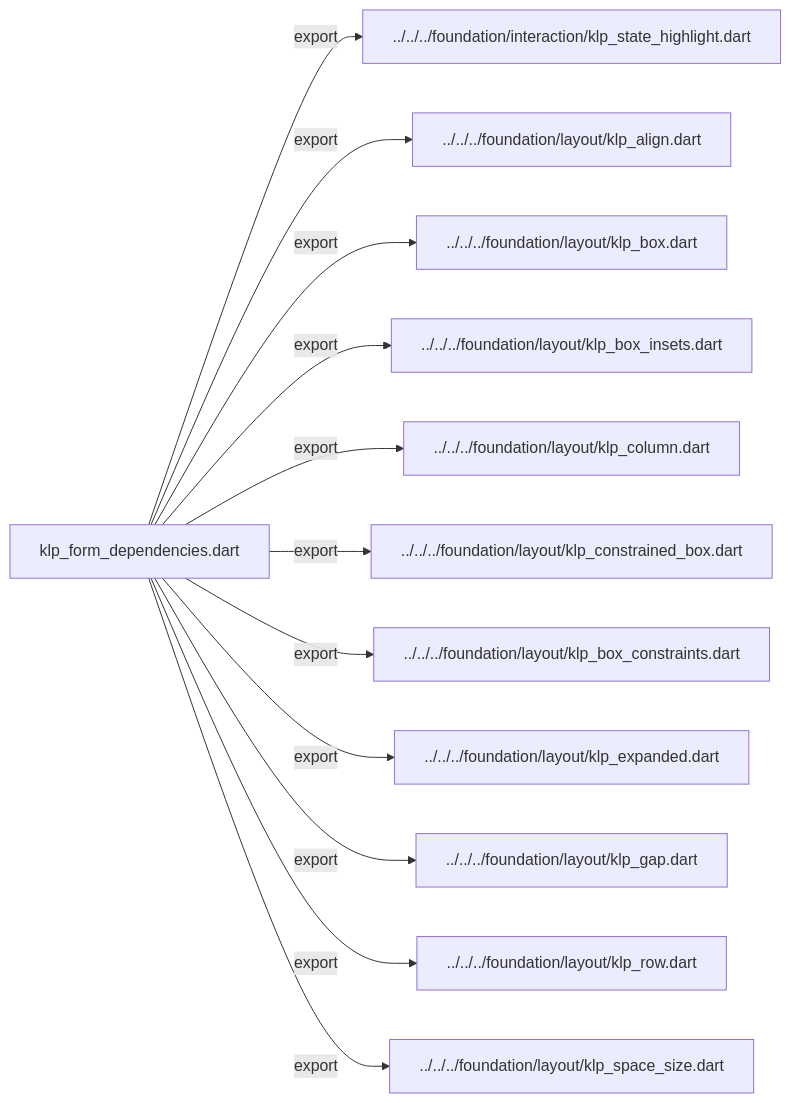
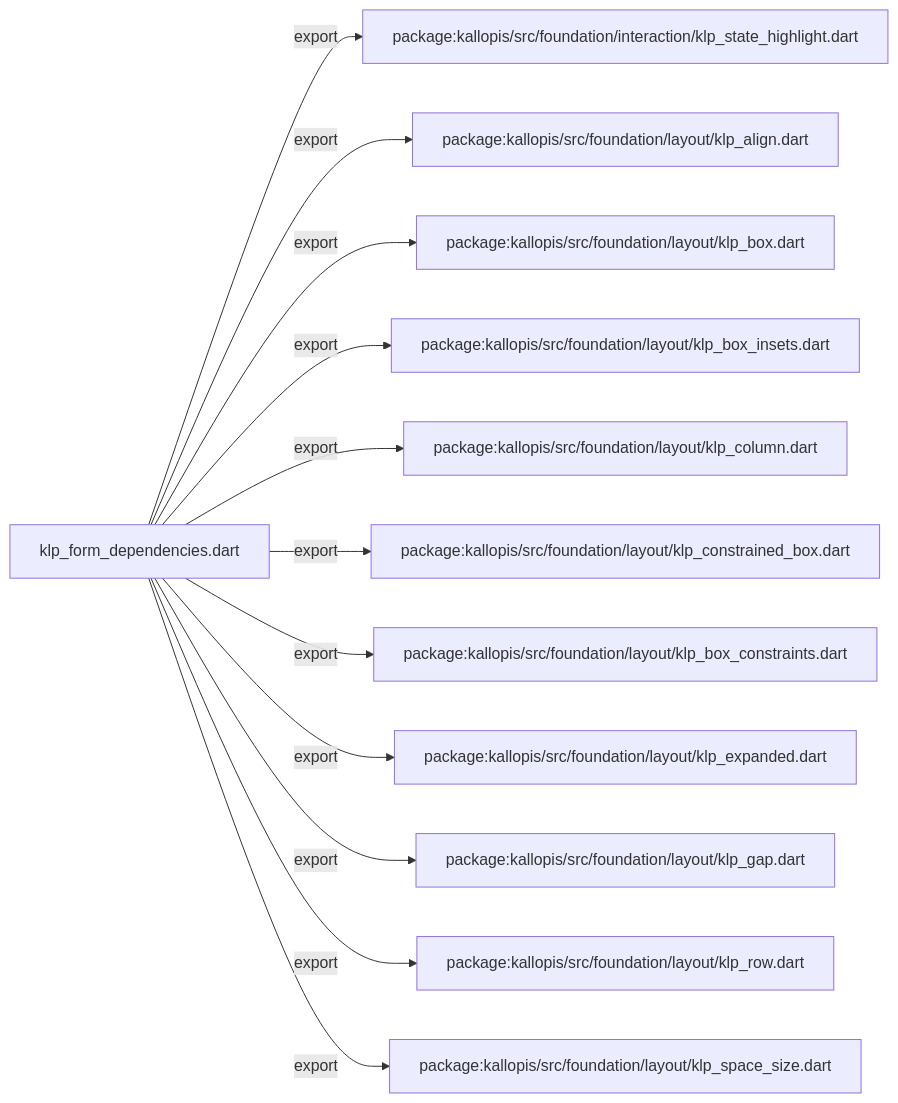
The second of 3 diagrams in docs/architecture/src/features/forms/internal/klp_form_dependencies.md (MiuDog/Kallopis), drawn with Mermaid before and after one commit. The commit also changed other lines of this file and 9688 other files, not shown here.

Commit message:
Prepare isolated Flow F2 peer baseline

````diff
--- a/docs/architecture/src/features/forms/internal/klp_form_dependencies.md
+++ b/docs/architecture/src/features/forms/internal/klp_form_dependencies.md
@@ -38,26 +38,26 @@
 ```mermaid
 flowchart LR
 	n0["klp_form_dependencies.dart"]
-	n1["../../../foundation/interaction/klp_state_highlight.dart"]
-	n2["../../../foundation/layout/klp_align.dart"]
-	n3["../../../foundation/layout/klp_box.dart"]
-	n4["../../../foundation/layout/klp_box_insets.dart"]
-	n5["../../../foundation/layout/klp_column.dart"]
-	n6["../../../foundation/layout/klp_constrained_box.dart"]
-	n7["../../../foundation/layout/klp_box_constraints.dart"]
-	n8["../../../foundation/layout/klp_expanded.dart"]
-	n9["../../../foundation/layout/klp_gap.dart"]
-	n10["../../../foundation/layout/klp_row.dart"]
-	n11["../../../foundation/layout/klp_space_size.dart"]
+	n1["package:kallopis/src/foundation/interaction/klp_state_highlight.dart"]
+	n2["package:kallopis/src/foundation/layout/klp_align.dart"]
+	n3["package:kallopis/src/foundation/layout/klp_box.dart"]
+	n4["package:kallopis/src/foundation/layout/klp_box_insets.dart"]
+	n5["package:kallopis/src/foundation/layout/klp_column.dart"]
+	n6["package:kallopis/src/foundation/layout/klp_constrained_box.dart"]
+	n7["package:kallopis/src/foundation/layout/klp_box_constraints.dart"]
+	n8["package:kallopis/src/foundation/layout/klp_expanded.dart"]
+	n9["package:kallopis/src/foundation/layout/klp_gap.dart"]
+	n10["package:kallopis/src/foundation/layout/klp_row.dart"]
+	n11["package:kallopis/src/foundation/layout/klp_space_size.dart"]
 	n0 -->|"export"| n1
 	n0 -->|"export"| n2
 	n0 -->|"export"| n3
 	n0 -->|"export"| n4
 	n0 -->|"export"| n5
 	n0 -->|"export"| n6
 	n0 -->|"export"| n7
 	n0 -->|"export"| n8
 	n0 -->|"export"| n9
 	n0 -->|"export"| n10
 	n0 -->|"export"| n11
 ```
````
